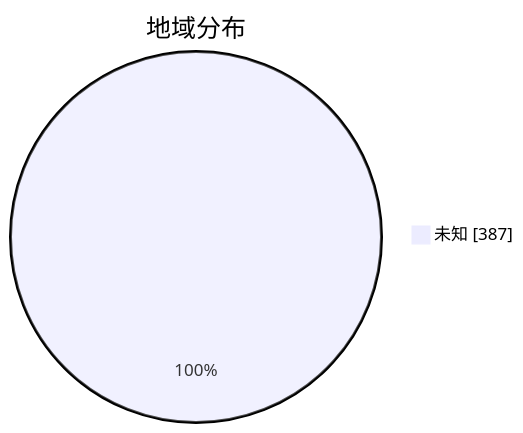
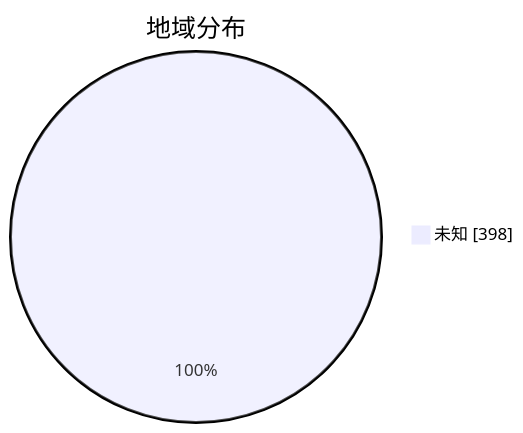
Before and after one commit to qjlxg/airport: the second of 3 diagrams in subs/statistics/tested_within.md, drawn with Mermaid. The commit also changed other lines of this file and 2 other files, not shown here.

````diff
--- a/subs/statistics/tested_within.md
+++ b/subs/statistics/tested_within.md
@@ -14,5 +14,5 @@
 ```mermaid
 pie showData
 title 地域分布
-"未知" : 387
+"未知" : 398
 ```
````
